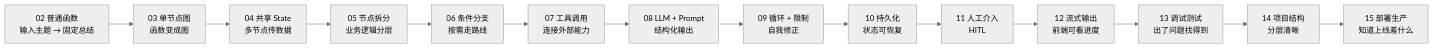
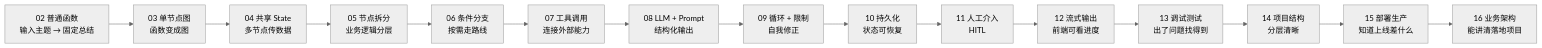
Before and after one commit to sealzrt/2026-08--agent: the first of 2 diagrams in ai-agent学习/06.LangGraph入门/学习地图.md, drawn with Mermaid (neutral theme). The commit also changed other lines of this file and 16 other files, not shown here.

````diff
--- a/ai-agent学习/06.LangGraph入门/学习地图.md
+++ b/ai-agent学习/06.LangGraph入门/学习地图.md
@@ -14,16 +14,17 @@
 ```mermaid
 flowchart LR
     A["02 普通函数<br/>输入主题 → 固定总结"] --> B["03 单节点图<br/>函数变成图"]
     B --> C["04 共享 State<br/>多节点传数据"]
     C --> D["05 节点拆分<br/>业务逻辑分层"]
     D --> E["06 条件分支<br/>按需走路线"]
     E --> F["07 工具调用<br/>连接外部能力"]
     F --> G["08 LLM + Prompt<br/>结构化输出"]
     G --> H["09 循环 + 限制<br/>自我修正"]
     H --> I["10 持久化<br/>状态可恢复"]
     I --> J["11 人工介入<br/>HITL"]
     J --> K["12 流式输出<br/>前端可看进度"]
     K --> L["13 调试测试<br/>出了问题找得到"]
     L --> M["14 项目结构<br/>分层清晰"]
     M --> N["15 部署生产<br/>知道上线差什么"]
+    N --> O["16 业务架构<br/>能讲清落地项目"]
 ```
````
